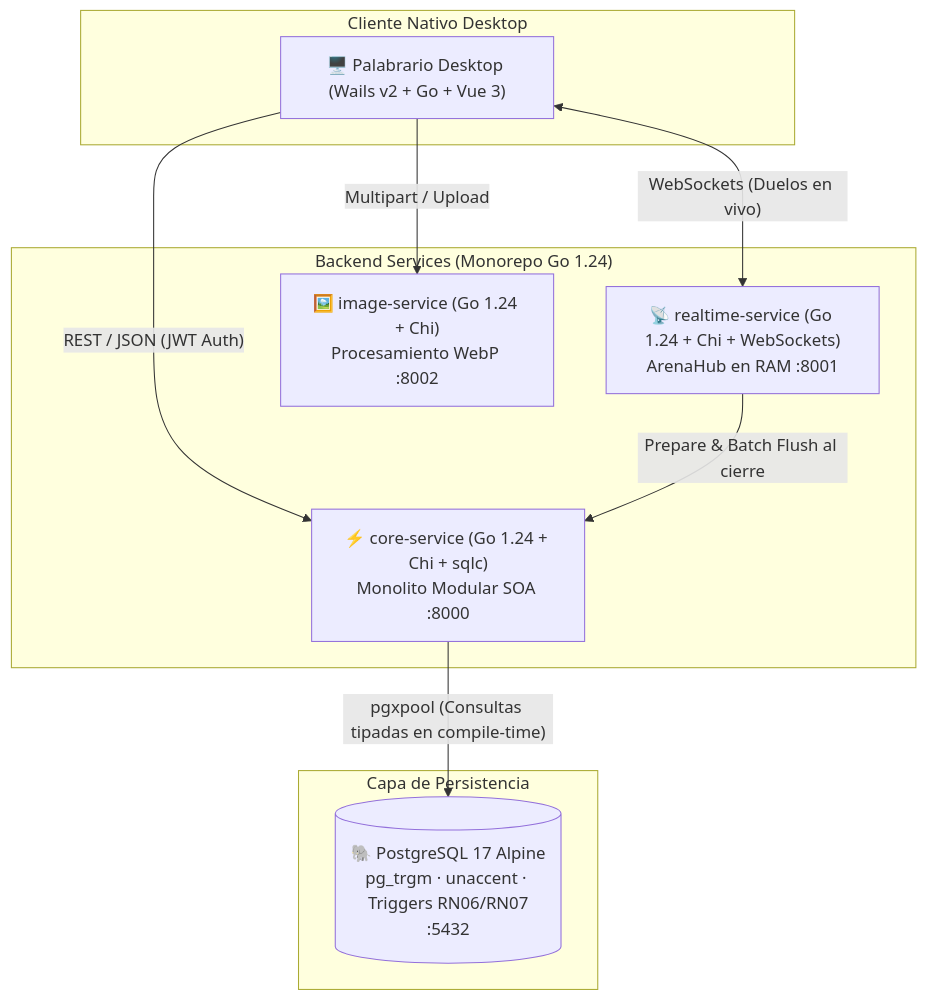
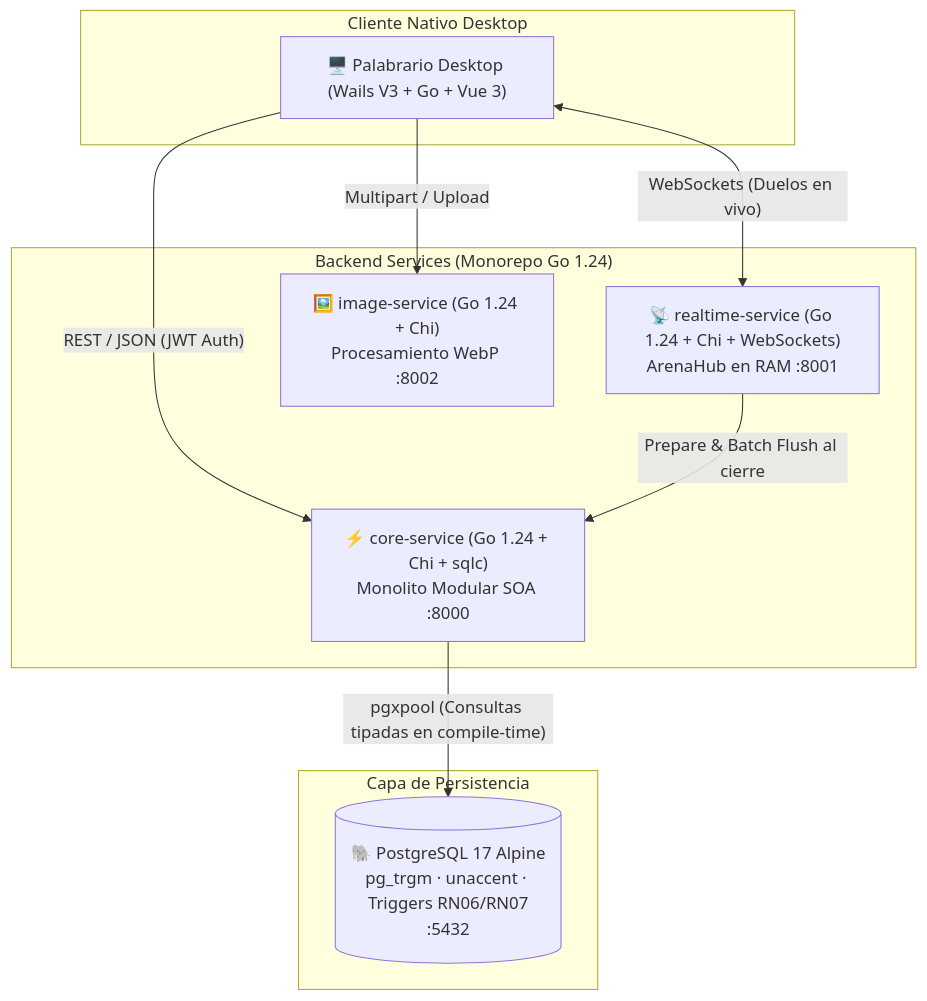
One commit to OGShawnLee/palabrario changed the diagram in README.md. Above: the diagram before and after it, drawn with Mermaid. The commit also changed other lines of this file and 82 other files, not shown here.

````diff
--- a/README.md
+++ b/README.md
@@ -43,22 +43,22 @@
 ```mermaid
 flowchart TD
     subgraph Client["Cliente Nativo Desktop"]
-        Desktop["🖥️ Palabrario Desktop (Wails v2 + Go + Vue 3)"]
+        Desktop["🖥️ Palabrario Desktop (Wails V3 + Go + Vue 3)"]
     end
 
     subgraph Backend["Backend Services (Monorepo Go 1.24)"]
         Core["⚡ core-service (Go 1.24 + Chi + sqlc)<br/>Monolito Modular SOA :8000"]
         RT["📡 realtime-service (Go 1.24 + Chi + WebSockets)<br/>ArenaHub en RAM :8001"]
         Img["🖼️ image-service (Go 1.24 + Chi)<br/>Procesamiento WebP :8002"]
     end
 
     subgraph Persistence["Capa de Persistencia"]
         PG[("🐘 PostgreSQL 17 Alpine<br/>pg_trgm · unaccent · Triggers RN06/RN07<br/>:5432")]
     end
 
     Desktop -->|"REST / JSON (JWT Auth)"| Core
     Desktop <-->|"WebSockets (Duelos en vivo)"| RT
     Desktop -->|"Multipart / Upload"| Img
     Core -->|"pgxpool (Consultas tipadas en compile-time)"| PG
     RT -->|"Prepare & Batch Flush al cierre"| Core
 ```
````
